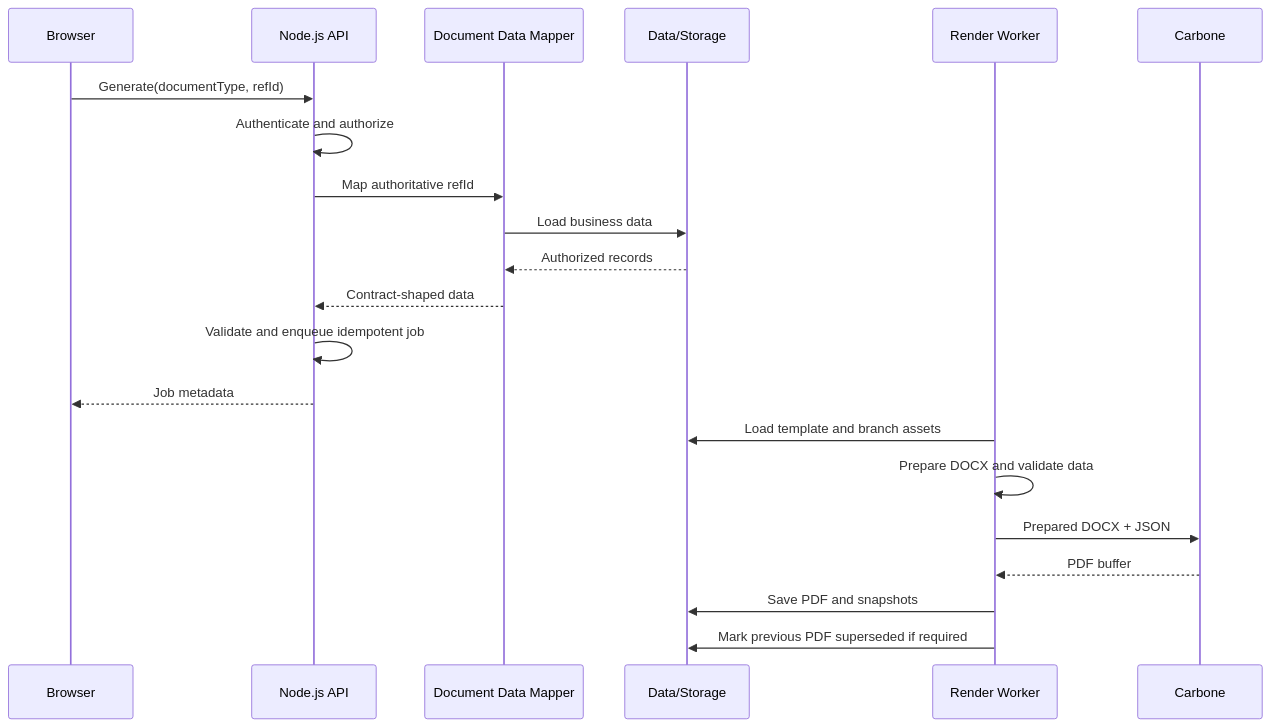
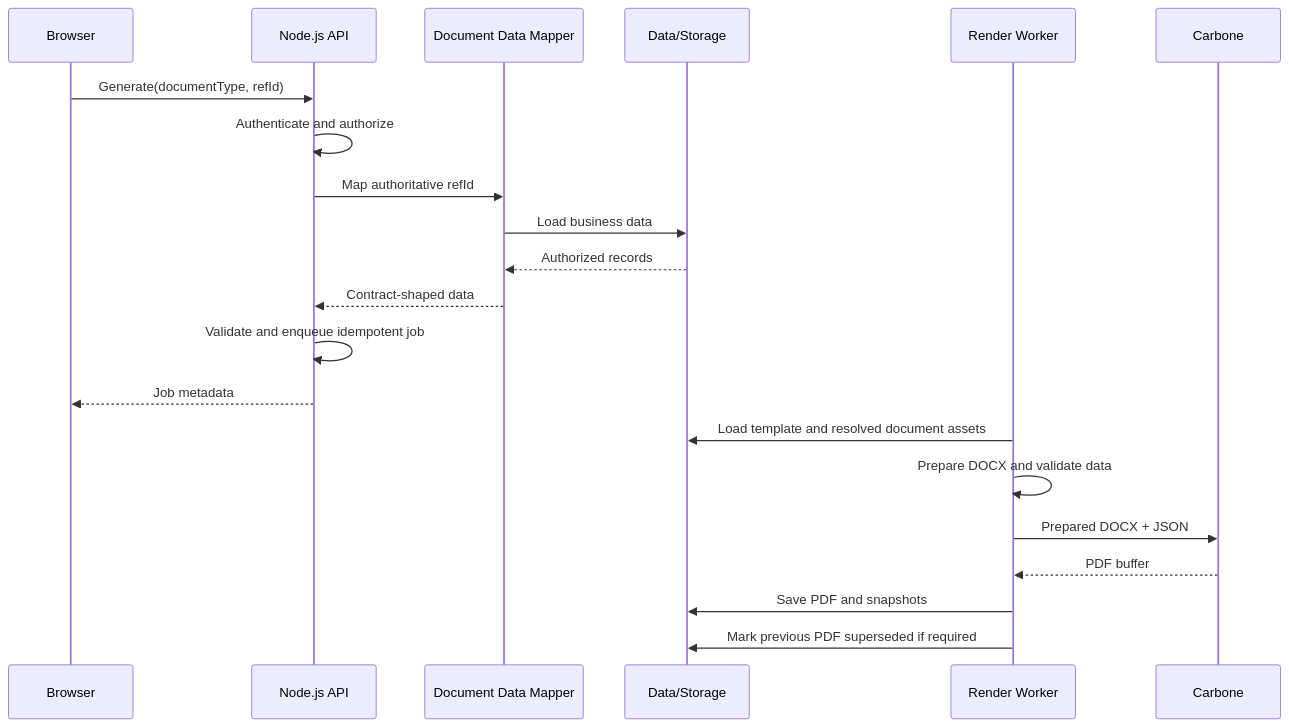
The second of 2 diagrams in docs/architecture/SYSTEM_ARCHITECTURE.md (iEel/procurehub), drawn with Mermaid before and after one commit. The commit also changed other lines of this file and 8 other files, not shown here.

````diff
--- a/docs/architecture/SYSTEM_ARCHITECTURE.md
+++ b/docs/architecture/SYSTEM_ARCHITECTURE.md
@@ -190,24 +190,24 @@
 ```mermaid
 sequenceDiagram
   participant UI as Browser
   participant API as Node.js API
   participant Mapper as Document Data Mapper
   participant Store as Data/Storage
   participant Worker as Render Worker
   participant C as Carbone
 
   UI->>API: Generate(documentType, refId)
   API->>API: Authenticate and authorize
   API->>Mapper: Map authoritative refId
   Mapper->>Store: Load business data
   Store-->>Mapper: Authorized records
   Mapper-->>API: Contract-shaped data
   API->>API: Validate and enqueue idempotent job
   API-->>UI: Job metadata
-  Worker->>Store: Load template and branch assets
+  Worker->>Store: Load template and resolved document assets
   Worker->>Worker: Prepare DOCX and validate data
   Worker->>C: Prepared DOCX + JSON
   C-->>Worker: PDF buffer
   Worker->>Store: Save PDF and snapshots
   Worker->>Store: Mark previous PDF superseded if required
 ```
````
